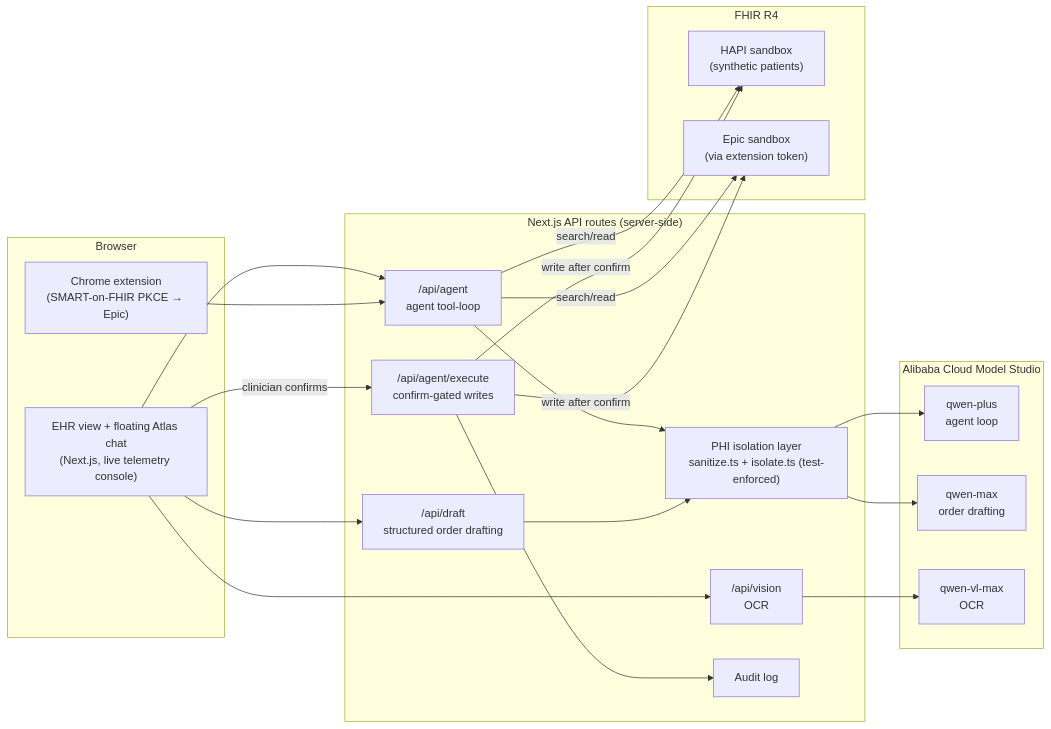
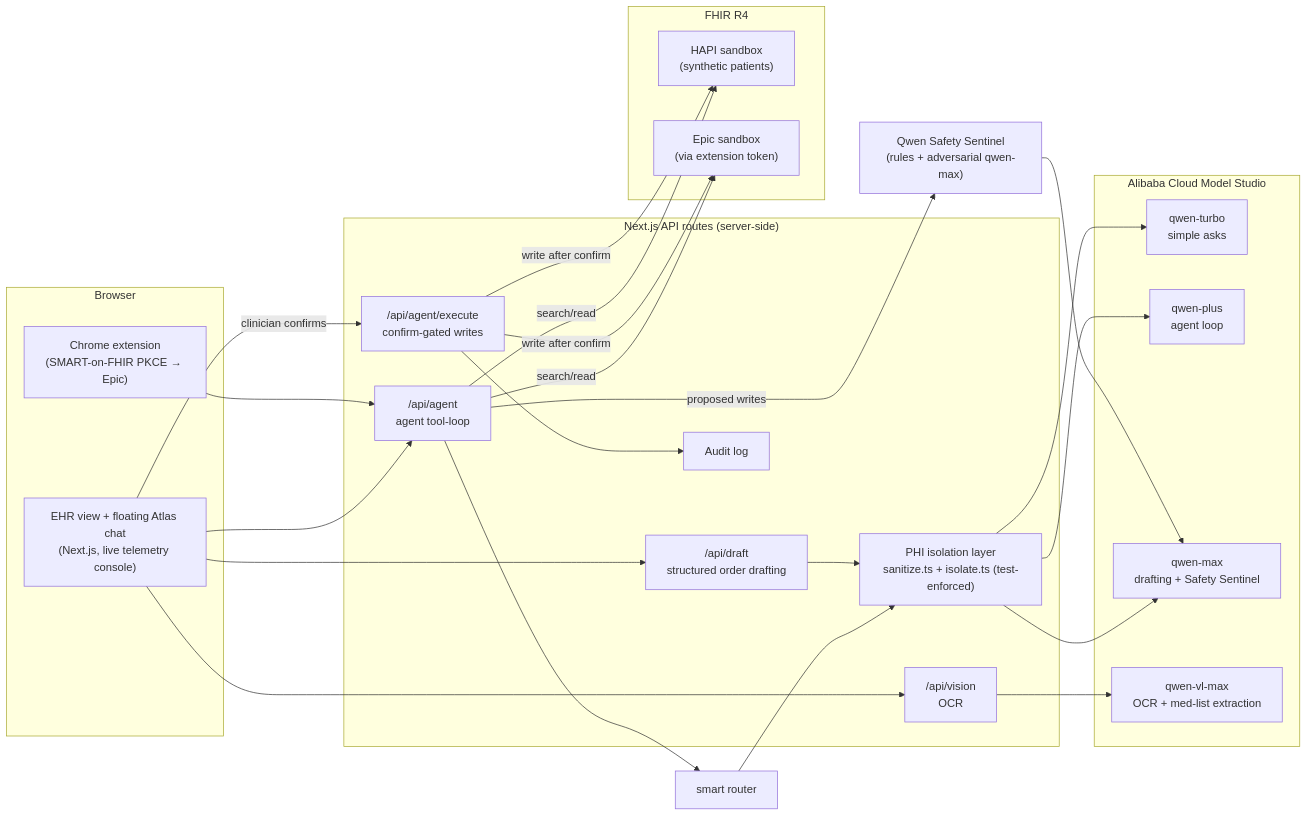
Before and after one commit to teameuphoriainv-dot/atlas-qwen: the diagram in README.md, drawn with Mermaid. The commit also changed other lines of this file and 11 other files, not shown here.

First line of the commit message:
Multi-model Qwen orchestration: smart router, Safety Sentinel, VL med reconciliation

````diff
--- a/README.md
+++ b/README.md
@@ -37,37 +39,42 @@
 ```mermaid
 flowchart LR
     subgraph Client["Browser"]
         UI["EHR view + floating Atlas chat<br/>(Next.js, live telemetry console)"]
         EXT["Chrome extension<br/>(SMART-on-FHIR PKCE → Epic)"]
     end
 
     subgraph Backend["Next.js API routes (server-side)"]
         AGENT["/api/agent<br/>agent tool-loop"]
         EXEC["/api/agent/execute<br/>confirm-gated writes"]
         DRAFT["/api/draft<br/>structured order drafting"]
         VISION["/api/vision<br/>OCR"]
         PHI["PHI isolation layer<br/>sanitize.ts + isolate.ts (test-enforced)"]
         AUDIT["Audit log"]
     end
 
     subgraph Alibaba["Alibaba Cloud Model Studio"]
+        QT["qwen-turbo<br/>simple asks"]
         QP["qwen-plus<br/>agent loop"]
-        QM["qwen-max<br/>order drafting"]
-        QV["qwen-vl-max<br/>OCR"]
+        QM["qwen-max<br/>drafting + Safety Sentinel"]
+        QV["qwen-vl-max<br/>OCR + med-list extraction"]
     end
 
     subgraph FHIR["FHIR R4"]
         HAPI["HAPI sandbox<br/>(synthetic patients)"]
         EPIC["Epic sandbox<br/>(via extension token)"]
     end
 
     UI --> AGENT & DRAFT & VISION
     UI -- "clinician confirms" --> EXEC
     EXT --> AGENT
-    AGENT --> PHI --> QP
-    DRAFT --> PHI --> QM
+    AGENT --> ROUTER["smart router"]
+    ROUTER --> PHI
+    PHI --> QT & QP & QM
+    AGENT -- "proposed writes" --> SENTINEL["Qwen Safety Sentinel<br/>(rules + adversarial qwen-max)"]
+    SENTINEL --> QM
+    DRAFT --> PHI
     VISION --> QV
     AGENT -- "search/read" --> HAPI & EPIC
     EXEC -- "write after confirm" --> HAPI & EPIC
     EXEC --> AUDIT
 ```
````
